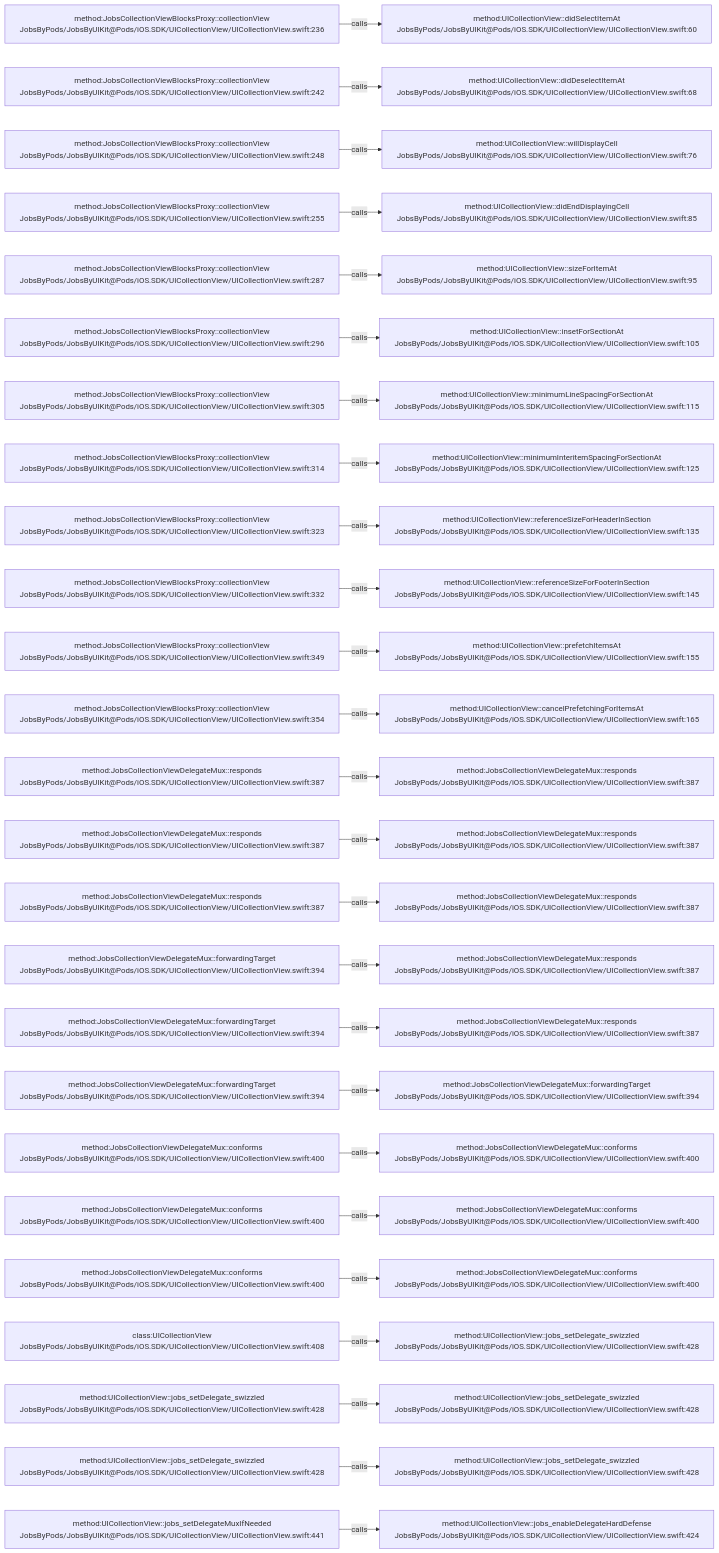
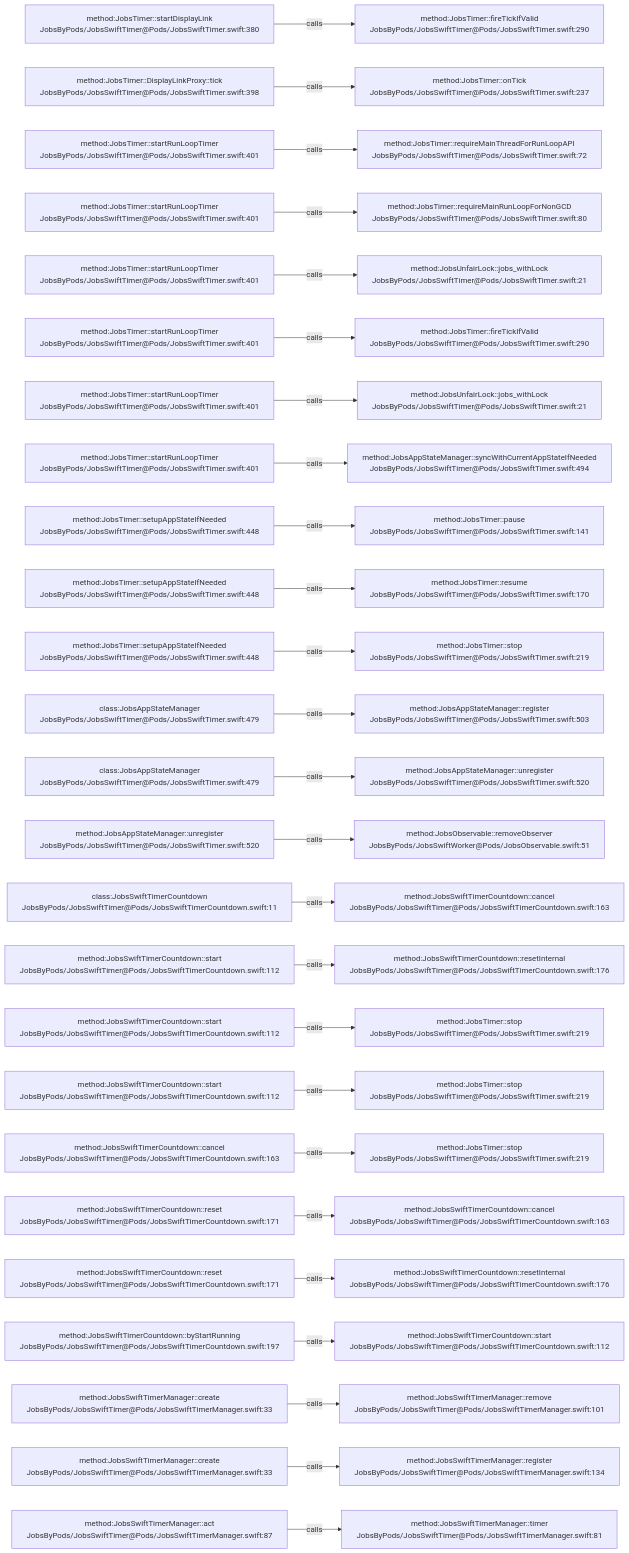
One commit to JobsKits/JobsSwiftBaseConfigDemo changed the diagram in .codegraph/codegraph.md/graphs/calls-061.md. Above: the diagram before and after it, drawn with Mermaid. The commit also changed 569 other files, not shown here.

````diff
--- a/.codegraph/codegraph.md/graphs/calls-061.md
+++ b/.codegraph/codegraph.md/graphs/calls-061.md
@@ -13,78 +13,78 @@
 ```mermaid
 flowchart LR
-  S1["method:JobsCollectionViewBlocksProxy::collectionView<br/>JobsByPods/JobsByUIKit@Pods/iOS.SDK/UICollectionView/UICollectionView.swift:236"]
-  T1["method:UICollectionView::didSelectItemAt<br/>JobsByPods/JobsByUIKit@Pods/iOS.SDK/UICollectionView/UICollectionView.swift:60"]
+  S1["method:JobsTimer::startDisplayLink<br/>JobsByPods/JobsSwiftTimer@Pods/JobsSwiftTimer.swift:380"]
+  T1["method:JobsTimer::fireTickIfValid<br/>JobsByPods/JobsSwiftTimer@Pods/JobsSwiftTimer.swift:290"]
   S1 -->|calls| T1
-  S2["method:JobsCollectionViewBlocksProxy::collectionView<br/>JobsByPods/JobsByUIKit@Pods/iOS.SDK/UICollectionView/UICollectionView.swift:242"]
-  T2["method:UICollectionView::didDeselectItemAt<br/>JobsByPods/JobsByUIKit@Pods/iOS.SDK/UICollectionView/UICollectionView.swift:68"]
+  S2["method:JobsTimer::DisplayLinkProxy::tick<br/>JobsByPods/JobsSwiftTimer@Pods/JobsSwiftTimer.swift:398"]
+  T2["method:JobsTimer::onTick<br/>JobsByPods/JobsSwiftTimer@Pods/JobsSwiftTimer.swift:237"]
   S2 -->|calls| T2
-  S3["method:JobsCollectionViewBlocksProxy::collectionView<br/>JobsByPods/JobsByUIKit@Pods/iOS.SDK/UICollectionView/UICollectionView.swift:248"]
-  T3["method:UICollectionView::willDisplayCell<br/>JobsByPods/JobsByUIKit@Pods/iOS.SDK/UICollectionView/UICollectionView.swift:76"]
+  S3["method:JobsTimer::startRunLoopTimer<br/>JobsByPods/JobsSwiftTimer@Pods/JobsSwiftTimer.swift:401"]
+  T3["method:JobsTimer::requireMainThreadForRunLoopAPI<br/>JobsByPods/JobsSwiftTimer@Pods/JobsSwiftTimer.swift:72"]
   S3 -->|calls| T3
-  S4["method:JobsCollectionViewBlocksProxy::collectionView<br/>JobsByPods/JobsByUIKit@Pods/iOS.SDK/UICollectionView/UICollectionView.swift:255"]
-  T4["method:UICollectionView::didEndDisplayingCell<br/>JobsByPods/JobsByUIKit@Pods/iOS.SDK/UICollectionView/UICollectionView.swift:85"]
+  S4["method:JobsTimer::startRunLoopTimer<br/>JobsByPods/JobsSwiftTimer@Pods/JobsSwiftTimer.swift:401"]
+  T4["method:JobsTimer::requireMainRunLoopForNonGCD<br/>JobsByPods/JobsSwiftTimer@Pods/JobsSwiftTimer.swift:80"]
   S4 -->|calls| T4
-  S5["method:JobsCollectionViewBlocksProxy::collectionView<br/>JobsByPods/JobsByUIKit@Pods/iOS.SDK/UICollectionView/UICollectionView.swift:287"]
-  T5["method:UICollectionView::sizeForItemAt<br/>JobsByPods/JobsByUIKit@Pods/iOS.SDK/UICollectionView/UICollectionView.swift:95"]
+  S5["method:JobsTimer::startRunLoopTimer<br/>JobsByPods/JobsSwiftTimer@Pods/JobsSwiftTimer.swift:401"]
+  T5["method:JobsUnfairLock::jobs_withLock<br/>JobsByPods/JobsSwiftTimer@Pods/JobsSwiftTimer.swift:21"]
   S5 -->|calls| T5
-  S6["method:JobsCollectionViewBlocksProxy::collectionView<br/>JobsByPods/JobsByUIKit@Pods/iOS.SDK/UICollectionView/UICollectionView.swift:296"]
-  T6["method:UICollectionView::insetForSectionAt<br/>JobsByPods/JobsByUIKit@Pods/iOS.SDK/UICollectionView/UICollectionView.swift:105"]
+  S6["method:JobsTimer::startRunLoopTimer<br/>JobsByPods/JobsSwiftTimer@Pods/JobsSwiftTimer.swift:401"]
+  T6["method:JobsTimer::fireTickIfValid<br/>JobsByPods/JobsSwiftTimer@Pods/JobsSwiftTimer.swift:290"]
   S6 -->|calls| T6
-  S7["method:JobsCollectionViewBlocksProxy::collectionView<br/>JobsByPods/JobsByUIKit@Pods/iOS.SDK/UICollectionView/UICollectionView.swift:305"]
-  T7["method:UICollectionView::minimumLineSpacingForSectionAt<br/>JobsByPods/JobsByUIKit@Pods/iOS.SDK/UICollectionView/UICollectionView.swift:115"]
+  S7["method:JobsTimer::startRunLoopTimer<br/>JobsByPods/JobsSwiftTimer@Pods/JobsSwiftTimer.swift:401"]
+  T7["method:JobsUnfairLock::jobs_withLock<br/>JobsByPods/JobsSwiftTimer@Pods/JobsSwiftTimer.swift:21"]
   S7 -->|calls| T7
-  S8["method:JobsCollectionViewBlocksProxy::collectionView<br/>JobsByPods/JobsByUIKit@Pods/iOS.SDK/UICollectionView/UICollectionView.swift:314"]
-  T8["method:UICollectionView::minimumInteritemSpacingForSectionAt<br/>JobsByPods/JobsByUIKit@Pods/iOS.SDK/UICollectionView/UICollectionView.swift:125"]
+  S8["method:JobsTimer::startRunLoopTimer<br/>JobsByPods/JobsSwiftTimer@Pods/JobsSwiftTimer.swift:401"]
+  T8["method:JobsAppStateManager::syncWithCurrentAppStateIfNeeded<br/>JobsByPods/JobsSwiftTimer@Pods/JobsSwiftTimer.swift:494"]
   S8 -->|calls| T8
-  S9["method:JobsCollectionViewBlocksProxy::collectionView<br/>JobsByPods/JobsByUIKit@Pods/iOS.SDK/UICollectionView/UICollectionView.swift:323"]
-  T9["method:UICollectionView::referenceSizeForHeaderInSection<br/>JobsByPods/JobsByUIKit@Pods/iOS.SDK/UICollectionView/UICollectionView.swift:135"]
+  S9["method:JobsTimer::setupAppStateIfNeeded<br/>JobsByPods/JobsSwiftTimer@Pods/JobsSwiftTimer.swift:448"]
+  T9["method:JobsTimer::pause<br/>JobsByPods/JobsSwiftTimer@Pods/JobsSwiftTimer.swift:141"]
   S9 -->|calls| T9
-  S10["method:JobsCollectionViewBlocksProxy::collectionView<br/>JobsByPods/JobsByUIKit@Pods/iOS.SDK/UICollectionView/UICollectionView.swift:332"]
-  T10["method:UICollectionView::referenceSizeForFooterInSection<br/>JobsByPods/JobsByUIKit@Pods/iOS.SDK/UICollectionView/UICollectionView.swift:145"]
+  S10["method:JobsTimer::setupAppStateIfNeeded<br/>JobsByPods/JobsSwiftTimer@Pods/JobsSwiftTimer.swift:448"]
+  T10["method:JobsTimer::resume<br/>JobsByPods/JobsSwiftTimer@Pods/JobsSwiftTimer.swift:170"]
   S10 -->|calls| T10
-  S11["method:JobsCollectionViewBlocksProxy::collectionView<br/>JobsByPods/JobsByUIKit@Pods/iOS.SDK/UICollectionView/UICollectionView.swift:349"]
-  T11["method:UICollectionView::prefetchItemsAt<br/>JobsByPods/JobsByUIKit@Pods/iOS.SDK/UICollectionView/UICollectionView.swift:155"]
+  S11["method:JobsTimer::setupAppStateIfNeeded<br/>JobsByPods/JobsSwiftTimer@Pods/JobsSwiftTimer.swift:448"]
+  T11["method:JobsTimer::stop<br/>JobsByPods/JobsSwiftTimer@Pods/JobsSwiftTimer.swift:219"]
   S11 -->|calls| T11
-  S12["method:JobsCollectionViewBlocksProxy::collectionView<br/>JobsByPods/JobsByUIKit@Pods/iOS.SDK/UICollectionView/UICollectionView.swift:354"]
-  T12["method:UICollectionView::cancelPrefetchingForItemsAt<br/>JobsByPods/JobsByUIKit@Pods/iOS.SDK/UICollectionView/UICollectionView.swift:165"]
+  S12["class:JobsAppStateManager<br/>JobsByPods/JobsSwiftTimer@Pods/JobsSwiftTimer.swift:479"]
+  T12["method:JobsAppStateManager::register<br/>JobsByPods/JobsSwiftTimer@Pods/JobsSwiftTimer.swift:503"]
   S12 -->|calls| T12
-  S13["method:JobsCollectionViewDelegateMux::responds<br/>JobsByPods/JobsByUIKit@Pods/iOS.SDK/UICollectionView/UICollectionView.swift:387"]
-  T13["method:JobsCollectionViewDelegateMux::responds<br/>JobsByPods/JobsByUIKit@Pods/iOS.SDK/UICollectionView/UICollectionView.swift:387"]
+  S13["class:JobsAppStateManager<br/>JobsByPods/JobsSwiftTimer@Pods/JobsSwiftTimer.swift:479"]
+  T13["method:JobsAppStateManager::unregister<br/>JobsByPods/JobsSwiftTimer@Pods/JobsSwiftTimer.swift:520"]
   S13 -->|calls| T13
-  S14["method:JobsCollectionViewDelegateMux::responds<br/>JobsByPods/JobsByUIKit@Pods/iOS.SDK/UICollectionView/UICollectionView.swift:387"]
-  T14["method:JobsCollectionViewDelegateMux::responds<br/>JobsByPods/JobsByUIKit@Pods/iOS.SDK/UICollectionView/UICollectionView.swift:387"]
+  S14["method:JobsAppStateManager::unregister<br/>JobsByPods/JobsSwiftTimer@Pods/JobsSwiftTimer.swift:520"]
+  T14["method:JobsObservable::removeObserver<br/>JobsByPods/JobsSwiftWorker@Pods/JobsObservable.swift:51"]
   S14 -->|calls| T14
-  S15["method:JobsCollectionViewDelegateMux::responds<br/>JobsByPods/JobsByUIKit@Pods/iOS.SDK/UICollectionView/UICollectionView.swift:387"]
-  T15["method:JobsCollectionViewDelegateMux::responds<br/>JobsByPods/JobsByUIKit@Pods/iOS.SDK/UICollectionView/UICollectionView.swift:387"]
+  S15["class:JobsSwiftTimerCountdown<br/>JobsByPods/JobsSwiftTimer@Pods/JobsSwiftTimerCountdown.swift:11"]
+  T15["method:JobsSwiftTimerCountdown::cancel<br/>JobsByPods/JobsSwiftTimer@Pods/JobsSwiftTimerCountdown.swift:163"]
   S15 -->|calls| T15
-  S16["method:JobsCollectionViewDelegateMux::forwardingTarget<br/>JobsByPods/JobsByUIKit@Pods/iOS.SDK/UICollectionView/UICollectionView.swift:394"]
-  T16["method:JobsCollectionViewDelegateMux::responds<br/>JobsByPods/JobsByUIKit@Pods/iOS.SDK/UICollectionView/UICollectionView.swift:387"]
+  S16["method:JobsSwiftTimerCountdown::start<br/>JobsByPods/JobsSwiftTimer@Pods/JobsSwiftTimerCountdown.swift:112"]
+  T16["method:JobsSwiftTimerCountdown::resetInternal<br/>JobsByPods/JobsSwiftTimer@Pods/JobsSwiftTimerCountdown.swift:176"]
   S16 -->|calls| T16
-  S17["method:JobsCollectionViewDelegateMux::forwardingTarget<br/>JobsByPods/JobsByUIKit@Pods/iOS.SDK/UICollectionView/UICollectionView.swift:394"]
-  T17["method:JobsCollectionViewDelegateMux::responds<br/>JobsByPods/JobsByUIKit@Pods/iOS.SDK/UICollectionView/UICollectionView.swift:387"]
+  S17["method:JobsSwiftTimerCountdown::start<br/>JobsByPods/JobsSwiftTimer@Pods/JobsSwiftTimerCountdown.swift:112"]
+  T17["method:JobsTimer::stop<br/>JobsByPods/JobsSwiftTimer@Pods/JobsSwiftTimer.swift:219"]
   S17 -->|calls| T17
-  S18["method:JobsCollectionViewDelegateMux::forwardingTarget<br/>JobsByPods/JobsByUIKit@Pods/iOS.SDK/UICollectionView/UICollectionView.swift:394"]
-  T18["method:JobsCollectionViewDelegateMux::forwardingTarget<br/>JobsByPods/JobsByUIKit@Pods/iOS.SDK/UICollectionView/UICollectionView.swift:394"]
+  S18["method:JobsSwiftTimerCountdown::start<br/>JobsByPods/JobsSwiftTimer@Pods/JobsSwiftTimerCountdown.swift:112"]
+  T18["method:JobsTimer::stop<br/>JobsByPods/JobsSwiftTimer@Pods/JobsSwiftTimer.swift:219"]
   S18 -->|calls| T18
-  S19["method:JobsCollectionViewDelegateMux::conforms<br/>JobsByPods/JobsByUIKit@Pods/iOS.SDK/UICollectionView/UICollectionView.swift:400"]
-  T19["method:JobsCollectionViewDelegateMux::conforms<br/>JobsByPods/JobsByUIKit@Pods/iOS.SDK/UICollectionView/UICollectionView.swift:400"]
+  S19["method:JobsSwiftTimerCountdown::cancel<br/>JobsByPods/JobsSwiftTimer@Pods/JobsSwiftTimerCountdown.swift:163"]
+  T19["method:JobsTimer::stop<br/>JobsByPods/JobsSwiftTimer@Pods/JobsSwiftTimer.swift:219"]
   S19 -->|calls| T19
-  S20["method:JobsCollectionViewDelegateMux::conforms<br/>JobsByPods/JobsByUIKit@Pods/iOS.SDK/UICollectionView/UICollectionView.swift:400"]
-  T20["method:JobsCollectionViewDelegateMux::conforms<br/>JobsByPods/JobsByUIKit@Pods/iOS.SDK/UICollectionView/UICollectionView.swift:400"]
+  S20["method:JobsSwiftTimerCountdown::reset<br/>JobsByPods/JobsSwiftTimer@Pods/JobsSwiftTimerCountdown.swift:171"]
+  T20["method:JobsSwiftTimerCountdown::cancel<br/>JobsByPods/JobsSwiftTimer@Pods/JobsSwiftTimerCountdown.swift:163"]
   S20 -->|calls| T20
-  S21["method:JobsCollectionViewDelegateMux::conforms<br/>JobsByPods/JobsByUIKit@Pods/iOS.SDK/UICollectionView/UICollectionView.swift:400"]
-  T21["method:JobsCollectionViewDelegateMux::conforms<br/>JobsByPods/JobsByUIKit@Pods/iOS.SDK/UICollectionView/UICollectionView.swift:400"]
+  S21["method:JobsSwiftTimerCountdown::reset<br/>JobsByPods/JobsSwiftTimer@Pods/JobsSwiftTimerCountdown.swift:171"]
+  T21["method:JobsSwiftTimerCountdown::resetInternal<br/>JobsByPods/JobsSwiftTimer@Pods/JobsSwiftTimerCountdown.swift:176"]
   S21 -->|calls| T21
-  S22["class:UICollectionView<br/>JobsByPods/JobsByUIKit@Pods/iOS.SDK/UICollectionView/UICollectionView.swift:408"]
-  T22["method:UICollectionView::jobs_setDelegate_swizzled<br/>JobsByPods/JobsByUIKit@Pods/iOS.SDK/UICollectionView/UICollectionView.swift:428"]
+  S22["method:JobsSwiftTimerCountdown::byStartRunning<br/>JobsByPods/JobsSwiftTimer@Pods/JobsSwiftTimerCountdown.swift:197"]
+  T22["method:JobsSwiftTimerCountdown::start<br/>JobsByPods/JobsSwiftTimer@Pods/JobsSwiftTimerCountdown.swift:112"]
   S22 -->|calls| T22
-  S23["method:UICollectionView::jobs_setDelegate_swizzled<br/>JobsByPods/JobsByUIKit@Pods/iOS.SDK/UICollectionView/UICollectionView.swift:428"]
-  T23["method:UICollectionView::jobs_setDelegate_swizzled<br/>JobsByPods/JobsByUIKit@Pods/iOS.SDK/UICollectionView/UICollectionView.swift:428"]
+  S23["method:JobsSwiftTimerManager::create<br/>JobsByPods/JobsSwiftTimer@Pods/JobsSwiftTimerManager.swift:33"]
+  T23["method:JobsSwiftTimerManager::remove<br/>JobsByPods/JobsSwiftTimer@Pods/JobsSwiftTimerManager.swift:101"]
   S23 -->|calls| T23
-  S24["method:UICollectionView::jobs_setDelegate_swizzled<br/>JobsByPods/JobsByUIKit@Pods/iOS.SDK/UICollectionView/UICollectionView.swift:428"]
-  T24["method:UICollectionView::jobs_setDelegate_swizzled<br/>JobsByPods/JobsByUIKit@Pods/iOS.SDK/UICollectionView/UICollectionView.swift:428"]
+  S24["method:JobsSwiftTimerManager::create<br/>JobsByPods/JobsSwiftTimer@Pods/JobsSwiftTimerManager.swift:33"]
+  T24["method:JobsSwiftTimerManager::register<br/>JobsByPods/JobsSwiftTimer@Pods/JobsSwiftTimerManager.swift:134"]
   S24 -->|calls| T24
-  S25["method:UICollectionView::jobs_setDelegateMuxIfNeeded<br/>JobsByPods/JobsByUIKit@Pods/iOS.SDK/UICollectionView/UICollectionView.swift:441"]
-  T25["method:UICollectionView::jobs_enableDelegateHardDefense<br/>JobsByPods/JobsByUIKit@Pods/iOS.SDK/UICollectionView/UICollectionView.swift:424"]
+  S25["method:JobsSwiftTimerManager::act<br/>JobsByPods/JobsSwiftTimer@Pods/JobsSwiftTimerManager.swift:87"]
+  T25["method:JobsSwiftTimerManager::timer<br/>JobsByPods/JobsSwiftTimer@Pods/JobsSwiftTimerManager.swift:81"]
   S25 -->|calls| T25
 ```
````
